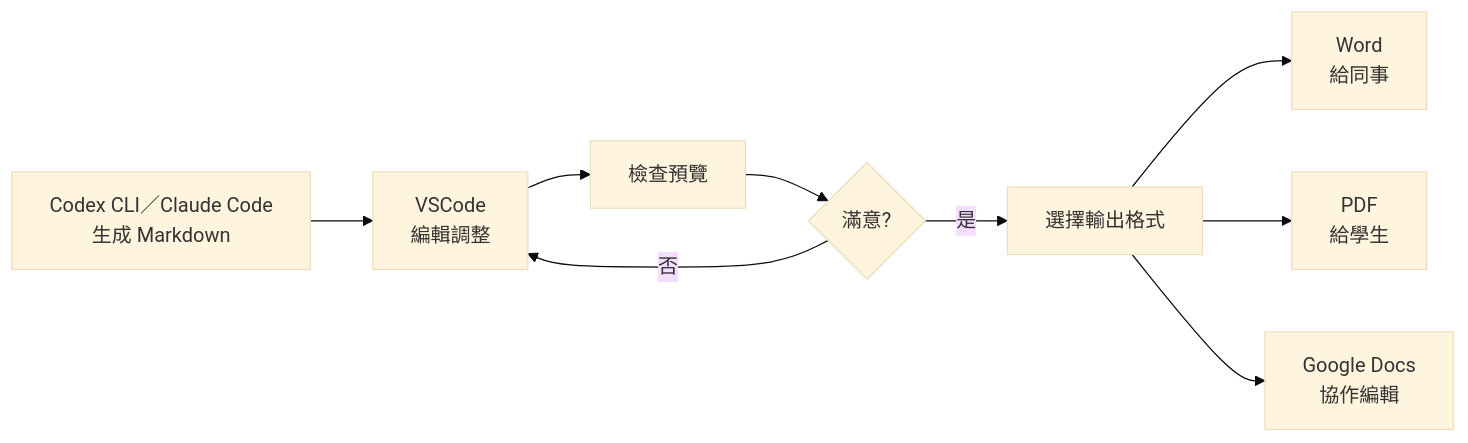
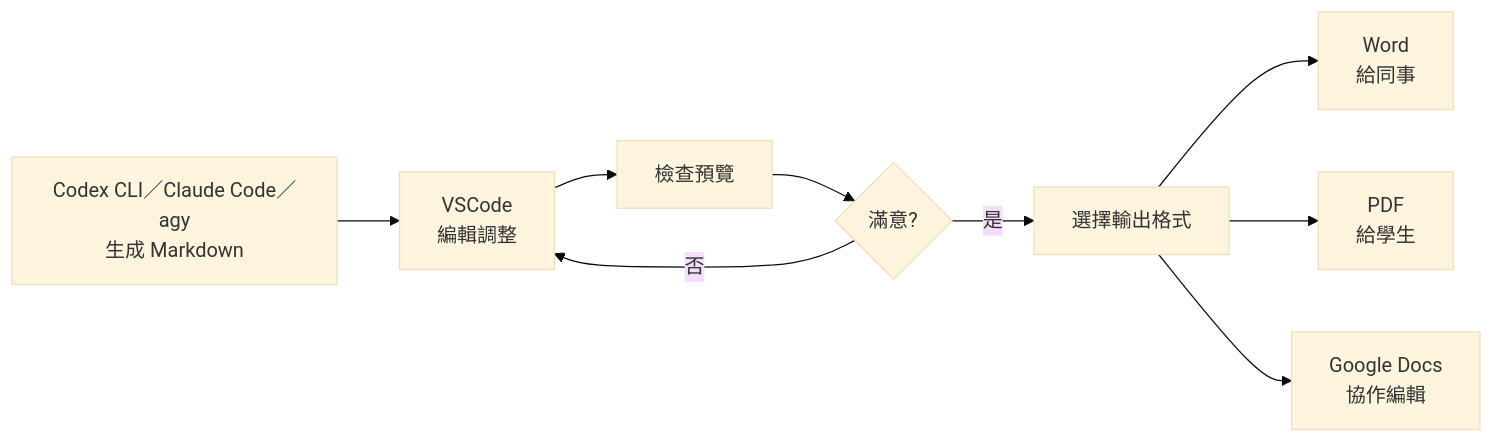
The diagram in AI_Agent_CLi/06a_assessment.md (joelhoty/ocgit), drawn with Mermaid (base theme) before and after one commit. The commit also changed other lines of this file and 18 other files, not shown here.

````diff
--- a/AI_Agent_CLi/06a_assessment.md
+++ b/AI_Agent_CLi/06a_assessment.md
@@ -492,11 +492,11 @@
 ```mermaid
 graph LR
-    A[Codex CLI／Claude Code<br/>生成 Markdown] --> B[VSCode<br/>編輯調整]
+    A[Codex CLI／Claude Code／agy<br/>生成 Markdown] --> B[VSCode<br/>編輯調整]
     B --> C[檢查預覽]
     C --> D{滿意?}
     D -->|否| B
     D -->|是| E[選擇輸出格式]
     E --> F1[Word<br/>給同事]
     E --> F2[PDF<br/>給學生]
     E --> F3[Google Docs<br/>協作編輯]
 ```
````
